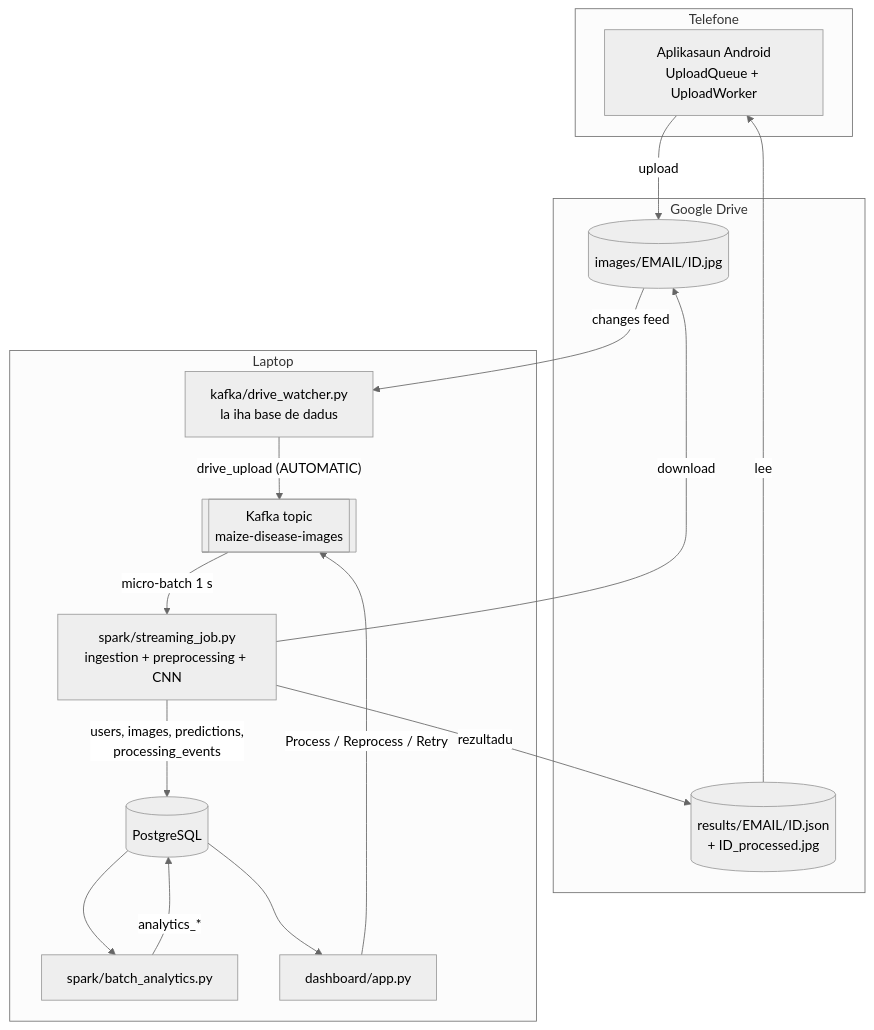
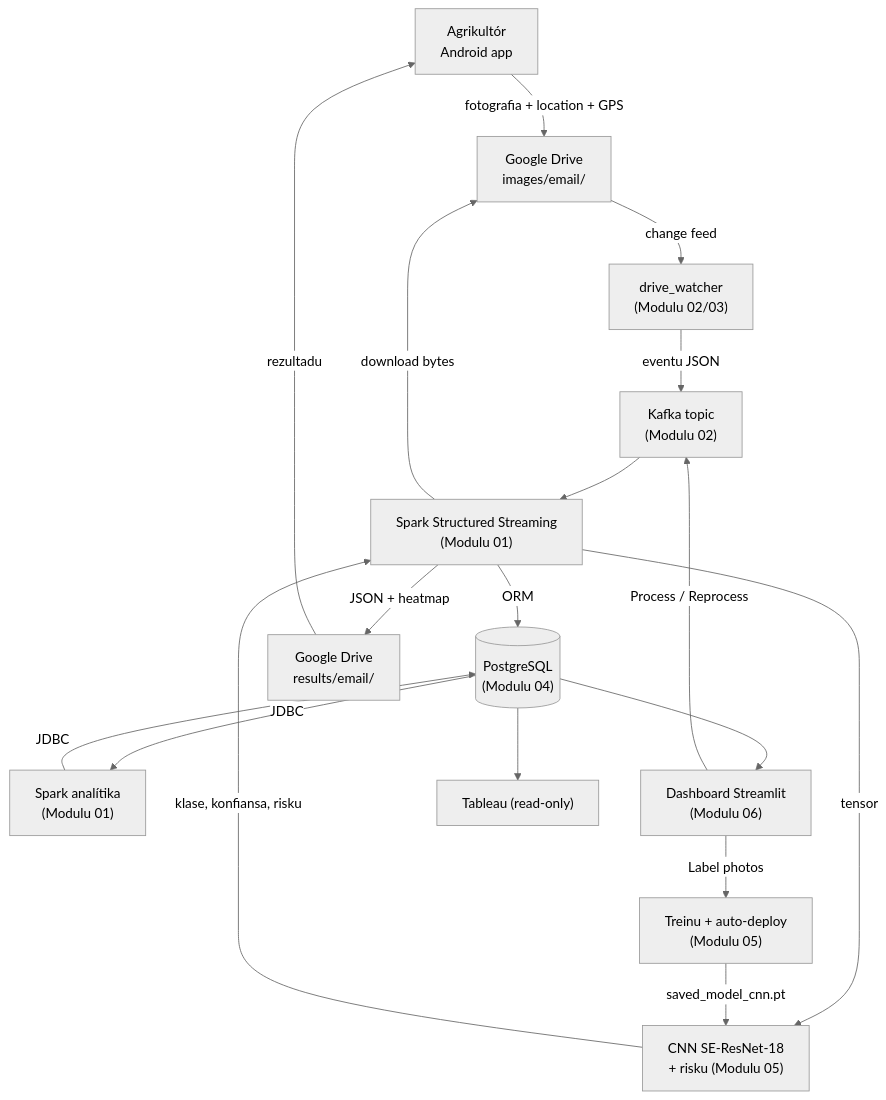
One commit to AOD-collab/-crop-disease-ews changed the diagram in documentation/technical_modules/src/00_README.md. Above: the diagram before and after it, drawn with Mermaid (neutral theme). The commit also changed other lines of this file and 41 other files, not shown here.

````diff
--- a/documentation/technical_modules/src/00_README.md
+++ b/documentation/technical_modules/src/00_README.md
@@ -48,29 +70,20 @@
 ```mermaid
 flowchart TD
-    subgraph Telefone
-      APP[Aplikasaun Android<br/>UploadQueue + UploadWorker]
-    end
-    subgraph Google_Drive[Google Drive]
-      IMG[(images/EMAIL/ID.jpg)]
-      RES[(results/EMAIL/ID.json<br/>+ ID_processed.jpg)]
-    end
-    subgraph Laptop
-      W[kafka/drive_watcher.py<br/>la iha base de dadus]
-      K[[Kafka topic<br/>maize-disease-images]]
-      S[spark/streaming_job.py<br/>ingestion + preprocessing + CNN]
-      PG[(PostgreSQL)]
-      BA[spark/batch_analytics.py]
-      D[dashboard/app.py]
-    end
-    APP -- "upload" --> IMG
-    IMG -- "changes feed" --> W
-    W -- "drive_upload (AUTOMATIC)" --> K
-    D -- "Process / Reprocess / Retry" --> K
-    K -- "micro-batch 1 s" --> S
-    S -- "download" --> IMG
-    S -- "users, images, predictions,<br/>processing_events" --> PG
-    S -- "rezultadu" --> RES
-    RES -- "lee" --> APP
-    PG --> BA -- "analytics_*" --> PG
-    PG --> D
+    F["Agrikultór<br/>Android app"] -- "fotografia + location + GPS" --> G1["Google Drive<br/>images/email/"]
+    G1 -- "change feed" --> W["drive_watcher<br/>(Modulu 02/03)"]
+    W -- "eventu JSON" --> K["Kafka topic<br/>(Modulu 02)"]
+    K --> S["Spark Structured Streaming<br/>(Modulu 01)"]
+    S -- "download bytes" --> G1
+    S -- "tensor" --> C["CNN SE-ResNet-18<br/>+ risku (Modulu 05)"]
+    C -- "klase, konfiansa, risku" --> S
+    S -- "ORM" --> P[("PostgreSQL<br/>(Modulu 04)")]
+    S -- "JSON + heatmap" --> G2["Google Drive<br/>results/email/"]
+    G2 -- "rezultadu" --> F
+    P -- "JDBC" --> SA["Spark analítika<br/>(Modulu 01)"]
+    SA -- "JDBC" --> P
+    P --> D["Dashboard Streamlit<br/>(Modulu 06)"]
+    P --> T["Tableau (read-only)"]
+    D -- "Process / Reprocess" --> K
+    D -- "Label photos" --> TR["Treinu + auto-deploy<br/>(Modulu 05)"]
+    TR -- "saved_model_cnn.pt" --> C
 ```
````
